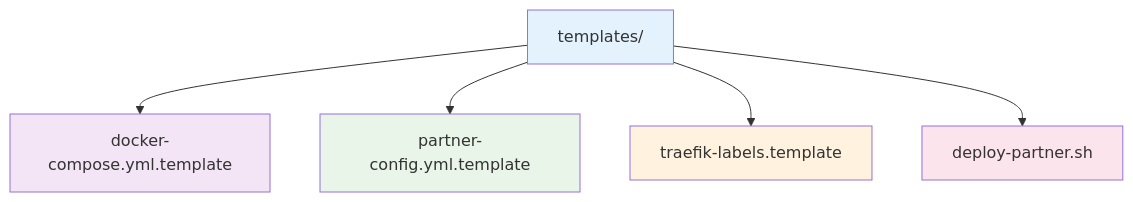
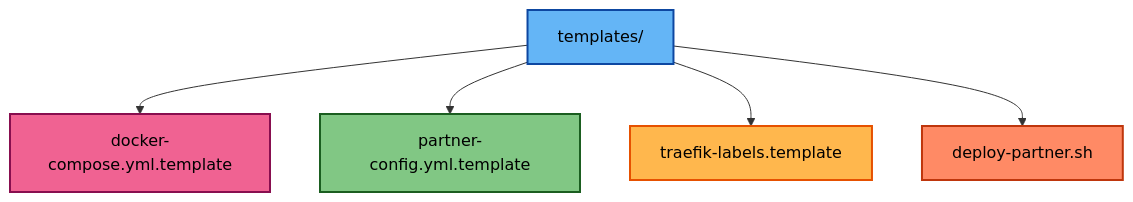
The second of 4 diagrams in TECHNICAL_PLANNING.md (Hendrick/hendrick-data-api), drawn with Mermaid before and after one commit. The commit also changed other lines of this file, not shown here.

First line of the commit message:
Improve Mermaid diagram colors for better GitHub visibility

````diff
--- a/TECHNICAL_PLANNING.md
+++ b/TECHNICAL_PLANNING.md
@@ -248,13 +248,13 @@
 ```mermaid
 graph TD
     A[templates/] --> B[docker-compose.yml.template]
     A --> C[partner-config.yml.template]
     A --> D[traefik-labels.template]
     A --> E[deploy-partner.sh]
     
-    style A fill:#e3f2fd
-    style B fill:#f3e5f5
-    style C fill:#e8f5e8
-    style D fill:#fff3e0
-    style E fill:#fce4ec
+    style A fill:#64b5f6,stroke:#0d47a1,stroke-width:2px,color:#000
+    style B fill:#f06292,stroke:#880e4f,stroke-width:2px,color:#000
+    style C fill:#81c784,stroke:#1b5e20,stroke-width:2px,color:#000
+    style D fill:#ffb74d,stroke:#e65100,stroke-width:2px,color:#000
+    style E fill:#ff8a65,stroke:#bf360c,stroke-width:2px,color:#000
 ```
````
